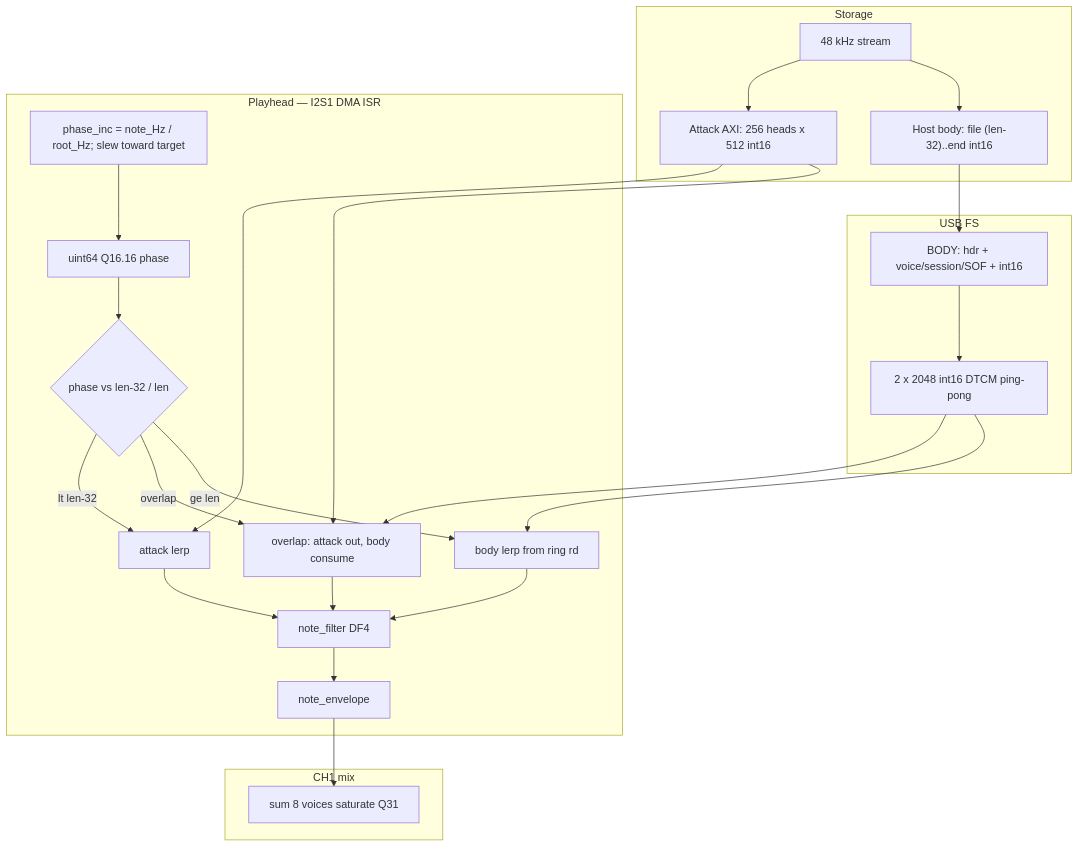
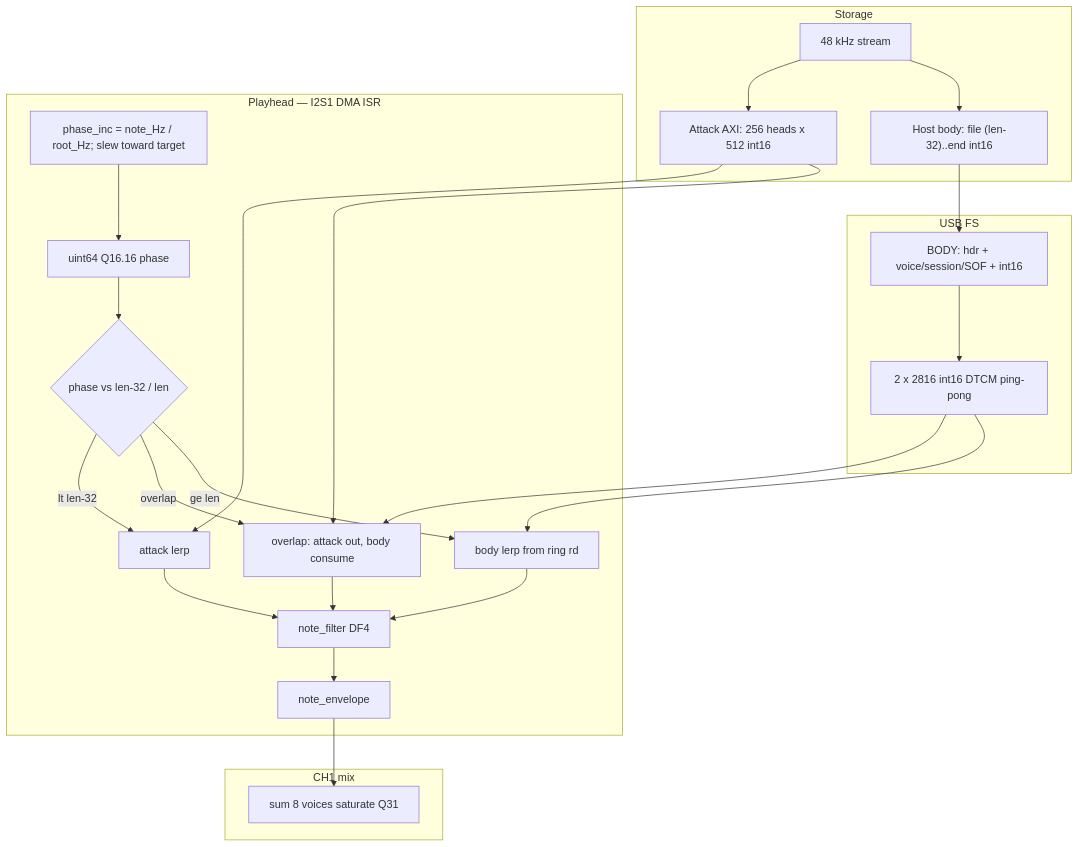
One commit to narendrabhatt-freshwater/firmware changed the second of 5 diagrams in channel_card/docs/diagrams/card_data_flow.md. Above: the diagram before and after it, drawn with Mermaid. The commit also changed other lines of this file and 30 other files, not shown here.

````diff
--- a/channel_card/docs/diagrams/card_data_flow.md
+++ b/channel_card/docs/diagrams/card_data_flow.md
@@ -73,45 +74,45 @@
 ```mermaid
 flowchart TB
   subgraph store [Storage]
     File["48 kHz stream"]
     Atk["Attack AXI: 256 heads x 512 int16"]
     Body["Host body: file (len-32)..end int16"]
     File --> Atk
     File --> Body
   end
 
   subgraph usb [USB FS]
     Tag["BODY: hdr + voice/session/SOF + int16"]
-    Slots["2 x 2048 int16 DTCM ping-pong"]
+    Slots["2 x 2816 int16 DTCM ping-pong"]
     Body --> Tag --> Slots
   end
 
   subgraph play [Playhead — I2S1 DMA ISR]
     Ph["uint64 Q16.16 phase"]
     Inc["phase_inc = note_Hz / root_Hz; slew toward target"]
     Join{"phase vs len-32 / len"}
     AtkOnly["attack lerp"]
     Xfade["overlap: attack out, body consume"]
     BodyOnly["body lerp from ring rd"]
     Lpf["note_filter DF4"]
     Env["note_envelope"]
     Ph --> Join
     Inc --> Ph
     Atk --> AtkOnly
     Atk --> Xfade
     Slots --> Xfade
     Slots --> BodyOnly
     Join -->|lt len-32| AtkOnly
     Join -->|overlap| Xfade
     Join -->|ge len| BodyOnly
     AtkOnly --> Lpf
     Xfade --> Lpf
     BodyOnly --> Lpf
     Lpf --> Env
   end
 
   subgraph mix [CH1 mix]
     Sum["sum 8 voices saturate Q31"]
     Env --> Sum
   end
 ```
````
